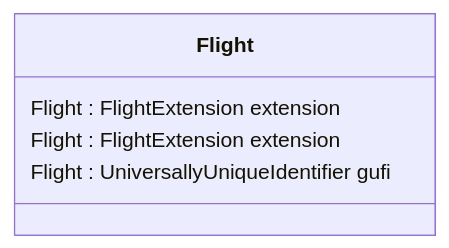
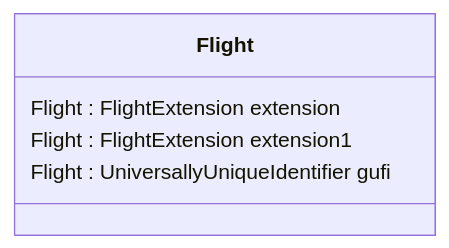
The second of 4 diagrams in docs/fixm/FIXM_UML_in_mermaid.md (du-lapin/test_docsify), drawn with Mermaid before and after one commit.

````diff
--- a/docs/fixm/FIXM_UML_in_mermaid.md
+++ b/docs/fixm/FIXM_UML_in_mermaid.md
@@ -24,8 +24,8 @@
 ```mermaid
 classDiagram
 class Flight{
 Flight : FlightExtension extension
-Flight : FlightExtension extension
+Flight : FlightExtension extension1
 Flight : UniversallyUniqueIdentifier gufi
 }
 ```
````
